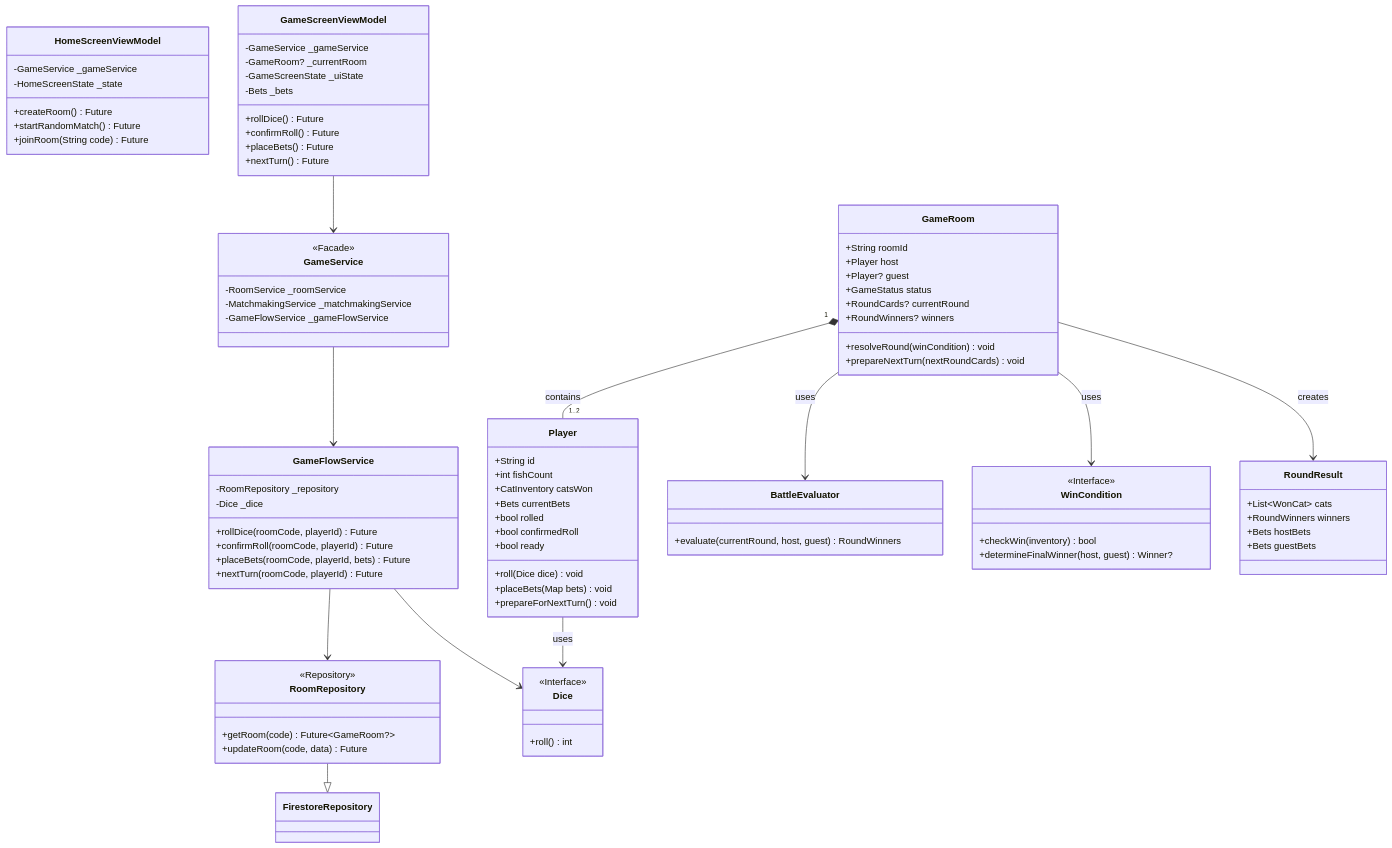
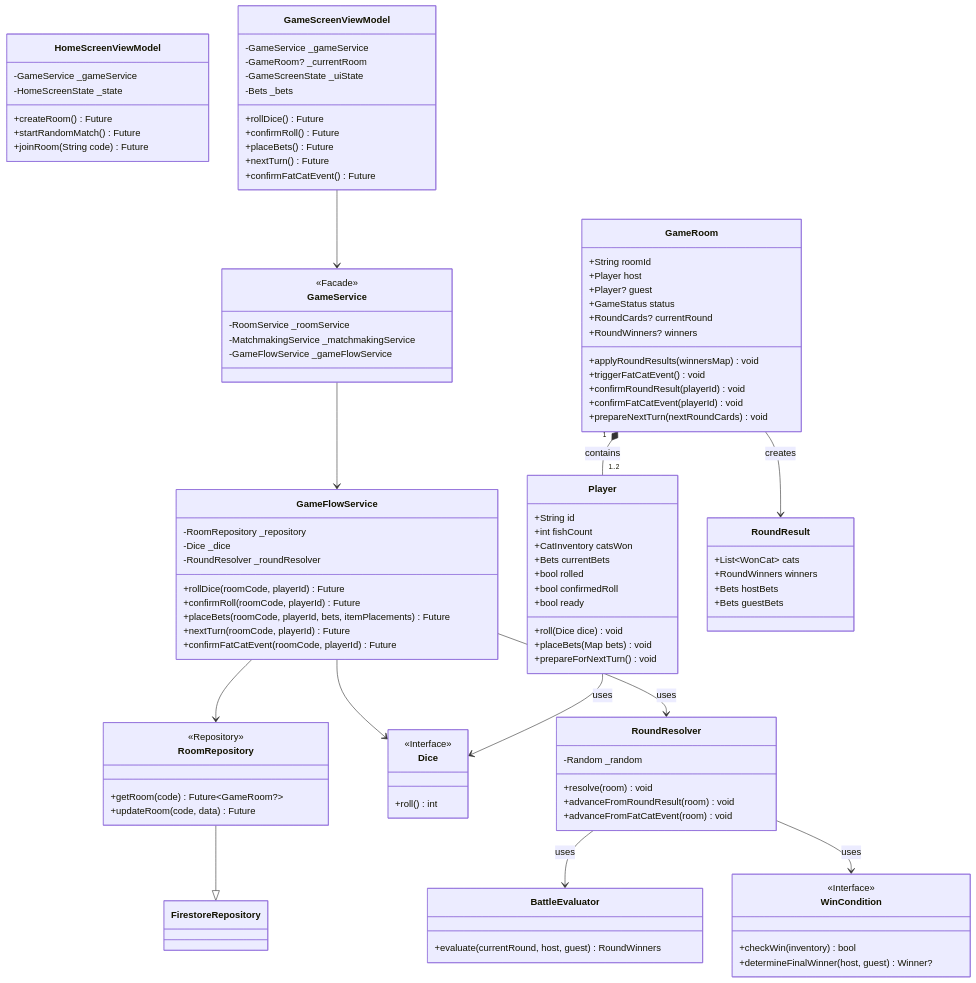
The first of 4 diagrams in docs/architecture/04_class_diagram.md (YotaMomose/battle_for_the_cats_), drawn with Mermaid before and after one commit. The commit also changed 11 other files, not shown here.

```diff
--- a/docs/architecture/04_class_diagram.md
+++ b/docs/architecture/04_class_diagram.md
@@ -24,6 +24,7 @@
         +confirmRoll() Future
         +placeBets() Future
         +nextTurn() Future
+        +confirmFatCatEvent() Future
     }
     
     %% Service Layer
@@ -37,10 +38,19 @@
     class GameFlowService {
         -RoomRepository _repository
         -Dice _dice
+        -RoundResolver _roundResolver
         +rollDice(roomCode, playerId) Future
         +confirmRoll(roomCode, playerId) Future
-        +placeBets(roomCode, playerId, bets) Future
+        +placeBets(roomCode, playerId, bets, itemPlacements) Future
         +nextTurn(roomCode, playerId) Future
+        +confirmFatCatEvent(roomCode, playerId) Future
+    }
+
+    class RoundResolver {
+        -Random _random
+        +resolve(room) void
+        +advanceFromRoundResult(room) void
+        +advanceFromFatCatEvent(room) void
     }
     
     %% Domain Layer
@@ -67,7 +77,10 @@
         +GameStatus status
         +RoundCards? currentRound
         +RoundWinners? winners
-        +resolveRound(winCondition) void
+        +applyRoundResults(winnersMap) void
+        +triggerFatCatEvent() void
+        +confirmRoundResult(playerId) void
+        +confirmFatCatEvent(playerId) void
         +prepareNextTurn(nextRoundCards) void
     }
     
@@ -98,8 +111,9 @@
     GameFlowService --> Dice
     
     GameRoom "1" *-- "1..2" Player : contains
-    GameRoom --> BattleEvaluator : uses
-    GameRoom --> WinCondition : uses
+    GameFlowService --> RoundResolver : uses
+    RoundResolver --> BattleEvaluator : uses
+    RoundResolver --> WinCondition : uses
     Player --> Dice : uses
     GameRoom --> RoundResult : creates
     
```
